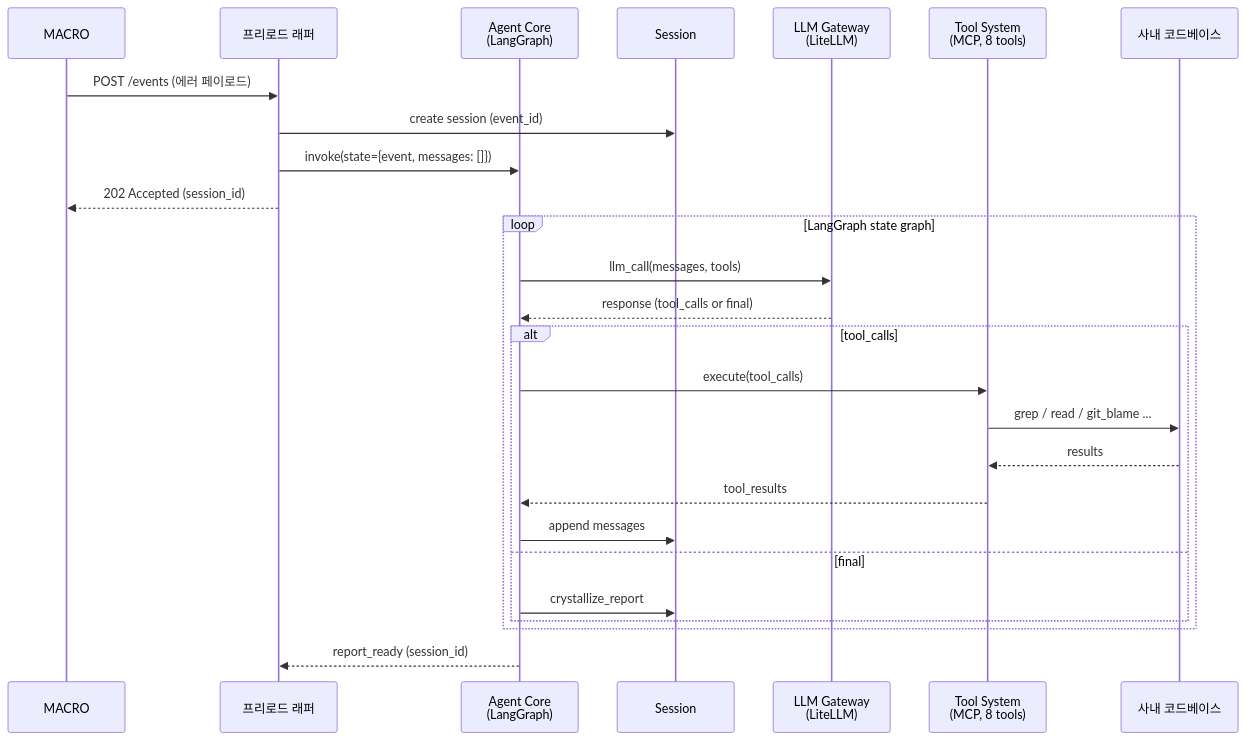
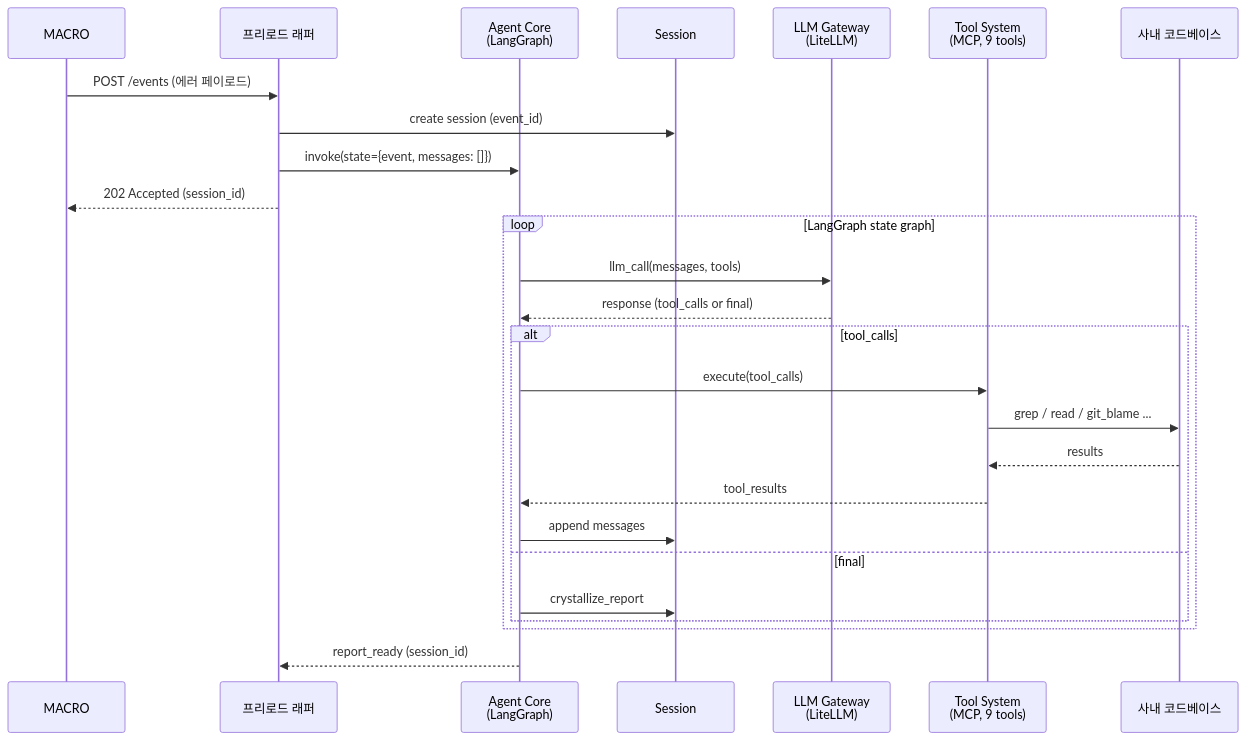
Before and after one commit to simsimhugh/macro-logbot: the fourth of 8 diagrams in docs/design/02-설계문서.md, drawn with Mermaid. The commit also changed other lines of this file and 3 other files, not shown here.

````diff
--- a/docs/design/02-설계문서.md
+++ b/docs/design/02-설계문서.md
@@ -389,31 +389,31 @@
 ```mermaid
 sequenceDiagram
     participant M as MACRO
     participant PW as 프리로드 래퍼
     participant AC as Agent Core<br/>(LangGraph)
     participant SC as Session
     participant LG as LLM Gateway<br/>(LiteLLM)
-    participant TS as Tool System<br/>(MCP, 8 tools)
+    participant TS as Tool System<br/>(MCP, 9 tools)
     participant CB as 사내 코드베이스
 
     M->>PW: POST /events (에러 페이로드)
     PW->>SC: create session (event_id)
     PW->>AC: invoke(state={event, messages: []})
     PW-->>M: 202 Accepted (session_id)
 
     loop LangGraph state graph
         AC->>LG: llm_call(messages, tools)
         LG-->>AC: response (tool_calls or final)
         alt tool_calls
             AC->>TS: execute(tool_calls)
             TS->>CB: grep / read / git_blame ...
             CB-->>TS: results
             TS-->>AC: tool_results
             AC->>SC: append messages
         else final
             AC->>SC: crystallize_report
         end
     end
 
     AC-->>PW: report_ready (session_id)
 ```
````
